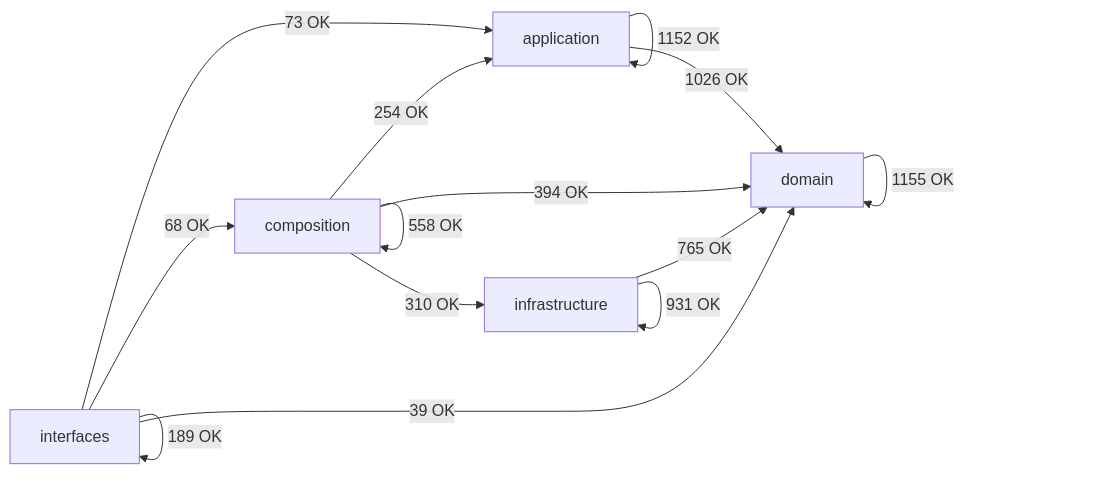
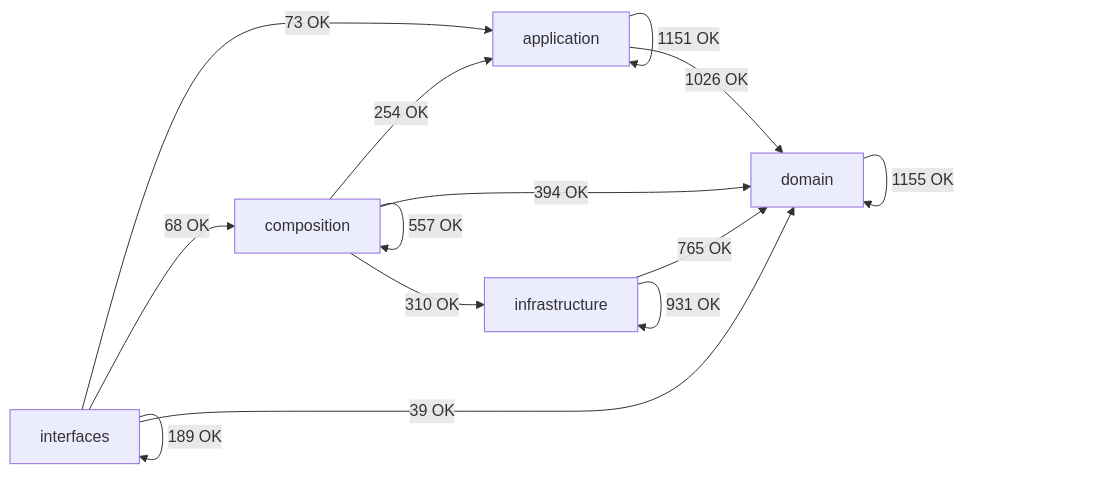
The diagram in docs/02-architecture/generated/module-dependency-map.md (SatoryKono/BioactivityDataAcquisition), drawn with Mermaid before and after one commit. The commit also changed other lines of this file and 4 other files, not shown here.

````diff
--- a/docs/02-architecture/generated/module-dependency-map.md
+++ b/docs/02-architecture/generated/module-dependency-map.md
@@ -17,21 +17,21 @@
 ```mermaid
 flowchart LR
     domain[domain]
     application[application]
     infrastructure[infrastructure]
     composition[composition]
     interfaces[interfaces]
-    application -->|1152 OK| application
+    application -->|1151 OK| application
     application -->|1026 OK| domain
     composition -->|254 OK| application
-    composition -->|558 OK| composition
+    composition -->|557 OK| composition
     composition -->|394 OK| domain
     composition -->|310 OK| infrastructure
     domain -->|1155 OK| domain
     infrastructure -->|765 OK| domain
     infrastructure -->|931 OK| infrastructure
     interfaces -->|73 OK| application
     interfaces -->|68 OK| composition
     interfaces -->|39 OK| domain
     interfaces -->|189 OK| interfaces
 ```
````
